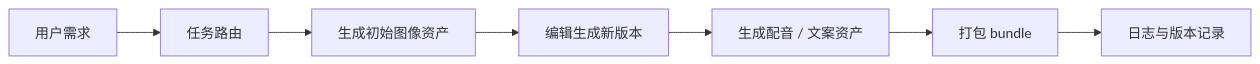
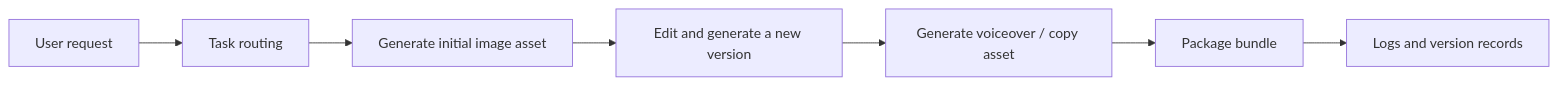
One commit to oudbiao/AI-fullstack-course changed the diagram in docs/ch12-multimodal/ch05-projects/01-creative-platform.md. Above: the diagram before and after it, drawn with Mermaid. The commit also changed other lines of this file and 1406 other files, not shown here.

````diff
--- a/docs/ch12-multimodal/ch05-projects/01-creative-platform.md
+++ b/docs/ch12-multimodal/ch05-projects/01-creative-platform.md
@@ -70,9 +70,9 @@
 ```mermaid
 flowchart LR
-    A["用户需求"] --> B["任务路由"]
-    B --> C["生成初始图像资产"]
-    C --> D["编辑生成新版本"]
-    D --> E["生成配音 / 文案资产"]
-    E --> F["打包 bundle"]
-    F --> G["日志与版本记录"]
+    A["User request"] --> B["Task routing"]
+    B --> C["Generate initial image asset"]
+    C --> D["Edit and generate a new version"]
+    D --> E["Generate voiceover / copy asset"]
+    E --> F["Package bundle"]
+    F --> G["Logs and version records"]
 ```
````
